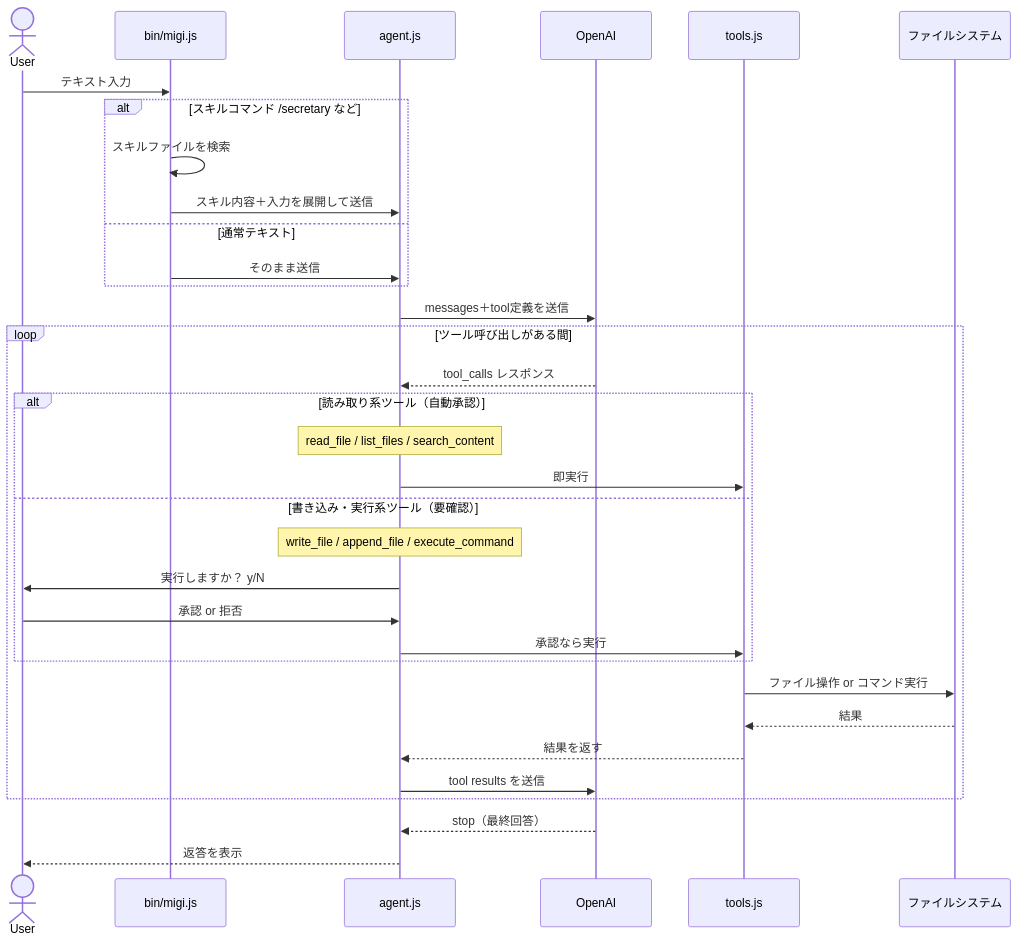
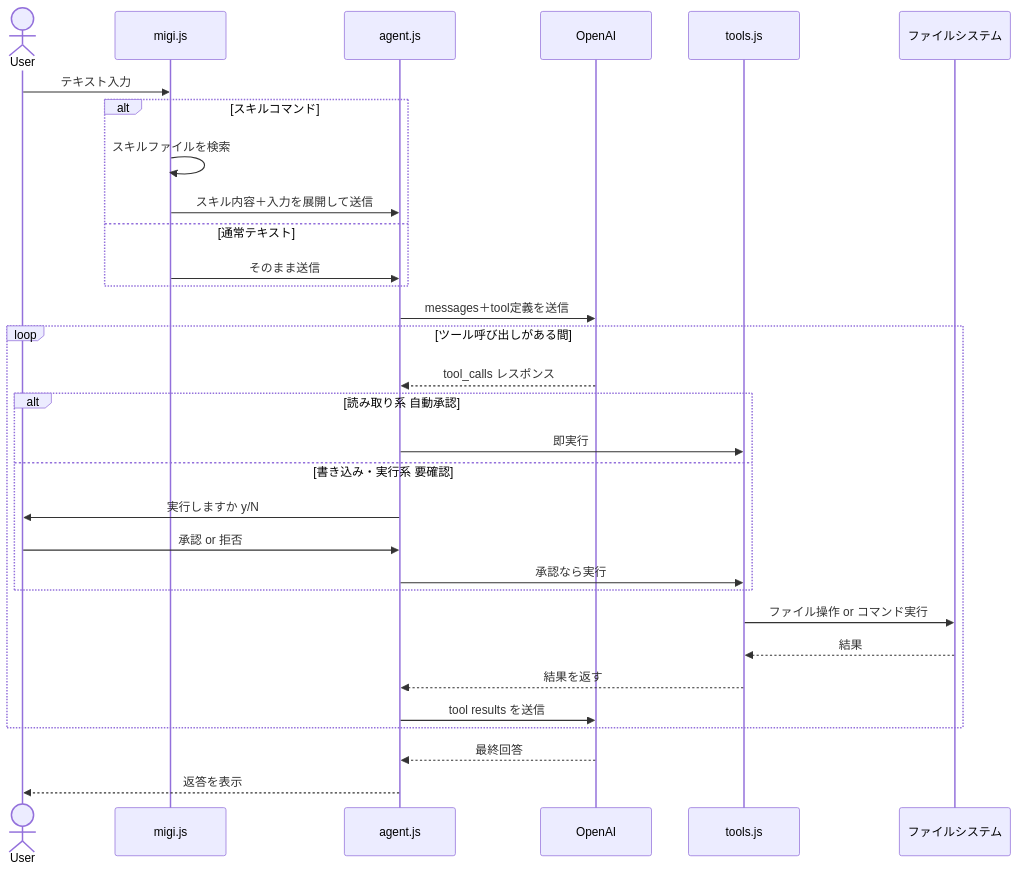
Before and after one commit to kazuhiro-yourself/migi: the third of 5 diagrams in README.md, drawn with Mermaid. The commit also changed other lines of this file, not shown here.

Commit message:
fix: replace flowchart with graph syntax for GitHub compatibility

````diff
--- a/README.md
+++ b/README.md
@@ -81,42 +84,40 @@
 ```mermaid
 sequenceDiagram
   actor User
-  participant CLI as bin/migi.js
+  participant CLI as migi.js
   participant Agent as agent.js
   participant OpenAI
   participant Tools as tools.js
   participant FS as ファイルシステム
 
   User->>CLI: テキスト入力
 
-  alt スキルコマンド /secretary など
+  alt スキルコマンド
     CLI->>CLI: スキルファイルを検索
     CLI->>Agent: スキル内容＋入力を展開して送信
   else 通常テキスト
     CLI->>Agent: そのまま送信
   end
 
   Agent->>OpenAI: messages＋tool定義を送信
 
   loop ツール呼び出しがある間
     OpenAI-->>Agent: tool_calls レスポンス
 
-    alt 読み取り系ツール（自動承認）
-      Note over Agent: read_file / list_files / search_content
+    alt 読み取り系 自動承認
       Agent->>Tools: 即実行
-    else 書き込み・実行系ツール（要確認）
-      Note over Agent: write_file / append_file / execute_command
-      Agent->>User: 実行しますか？ y/N
+    else 書き込み・実行系 要確認
+      Agent->>User: 実行しますか y/N
       User->>Agent: 承認 or 拒否
       Agent->>Tools: 承認なら実行
     end
 
     Tools->>FS: ファイル操作 or コマンド実行
     FS-->>Tools: 結果
     Tools-->>Agent: 結果を返す
     Agent->>OpenAI: tool results を送信
   end
 
-  OpenAI-->>Agent: stop（最終回答）
+  OpenAI-->>Agent: 最終回答
   Agent-->>User: 返答を表示
 ```
````
